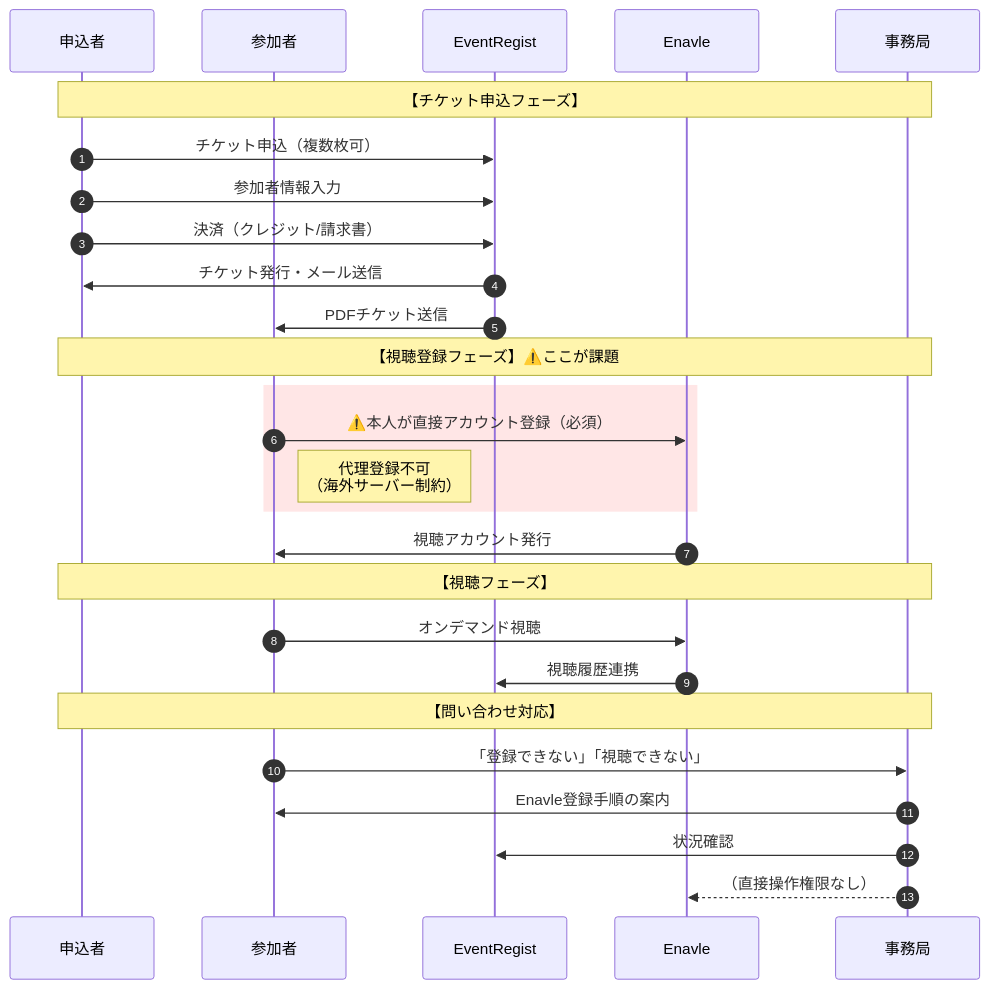
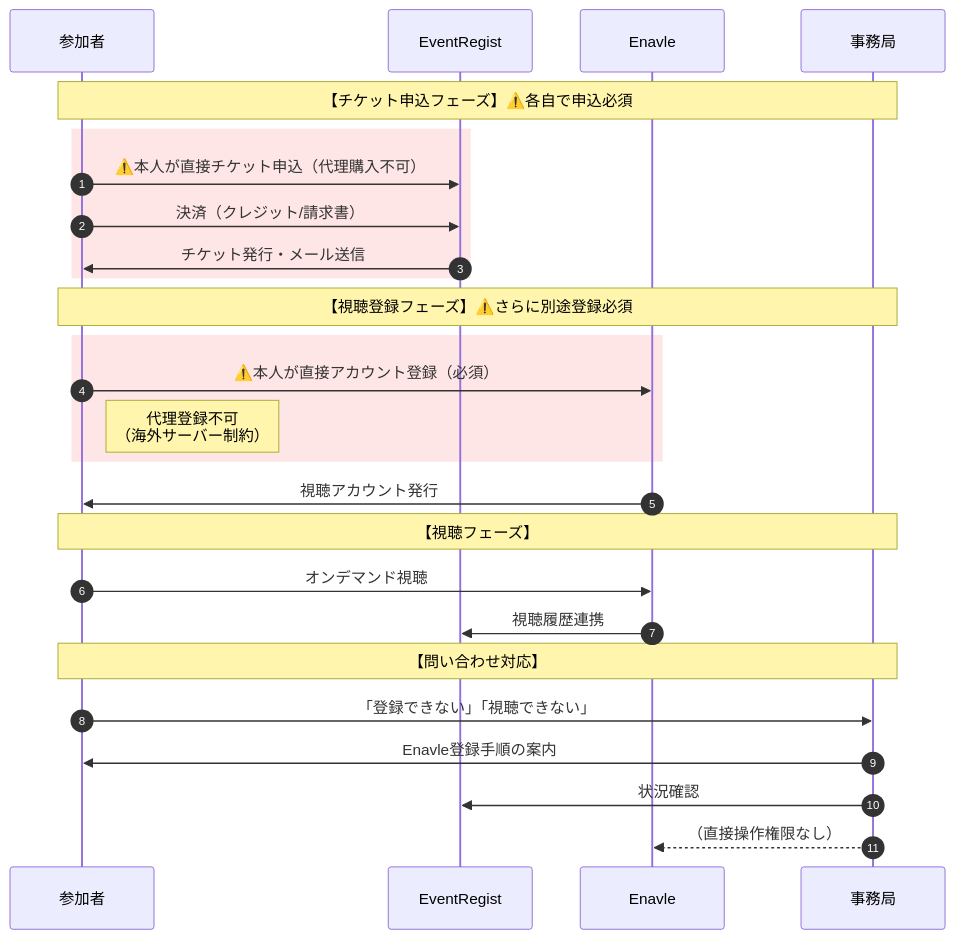
Before and after one commit to inini-afk/2026jtffestival: the first of 4 diagrams in system-comparison-analysis.md, drawn with Mermaid. The commit also changed other lines of this file and 2 other files, not shown here.

Commit message:
Fix Option 1 flow: individual ticket purchase required
案①のフローを修正:
- EventRegistでも代理での一括購入は不可
- 各参加者が本人でチケットを購入する必要あり
- mermaid図から「申込者」を削除し、参加者本人が申込む流れに変更
- 比較表の「一括購入」「代理申込（チケット）」を✕に修正

````diff
--- a/system-comparison-analysis.md
+++ b/system-comparison-analysis.md
@@ -19,33 +19,32 @@
 ```mermaid
 sequenceDiagram
     autonumber
-    participant 申込者
     participant 参加者
     participant EventRegist
     participant Enavle
     participant 事務局
 
-    Note over 申込者,事務局: 【チケット申込フェーズ】
-    申込者->>EventRegist: チケット申込（複数枚可）
-    申込者->>EventRegist: 参加者情報入力
-    申込者->>EventRegist: 決済（クレジット/請求書）
-    EventRegist->>申込者: チケット発行・メール送信
-    EventRegist->>参加者: PDFチケット送信
+    Note over 参加者,事務局: 【チケット申込フェーズ】⚠️各自で申込必須
+    rect rgb(255, 230, 230)
+        参加者->>EventRegist: ⚠️本人が直接チケット申込（代理購入不可）
+        参加者->>EventRegist: 決済（クレジット/請求書）
+        EventRegist->>参加者: チケット発行・メール送信
+    end
 
-    Note over 申込者,事務局: 【視聴登録フェーズ】⚠️ここが課題
+    Note over 参加者,事務局: 【視聴登録フェーズ】⚠️さらに別途登録必須
     rect rgb(255, 230, 230)
         参加者->>Enavle: ⚠️本人が直接アカウント登録（必須）
         Note right of 参加者: 代理登録不可<br/>（海外サーバー制約）
     end
     Enavle->>参加者: 視聴アカウント発行
 
-    Note over 申込者,事務局: 【視聴フェーズ】
+    Note over 参加者,事務局: 【視聴フェーズ】
     参加者->>Enavle: オンデマンド視聴
     Enavle->>EventRegist: 視聴履歴連携
 
-    Note over 申込者,事務局: 【問い合わせ対応】
+    Note over 参加者,事務局: 【問い合わせ対応】
     参加者->>事務局: 「登録できない」「視聴できない」
     事務局->>参加者: Enavle登録手順の案内
     事務局->>EventRegist: 状況確認
     事務局-->>Enavle: （直接操作権限なし）
 ```
````
